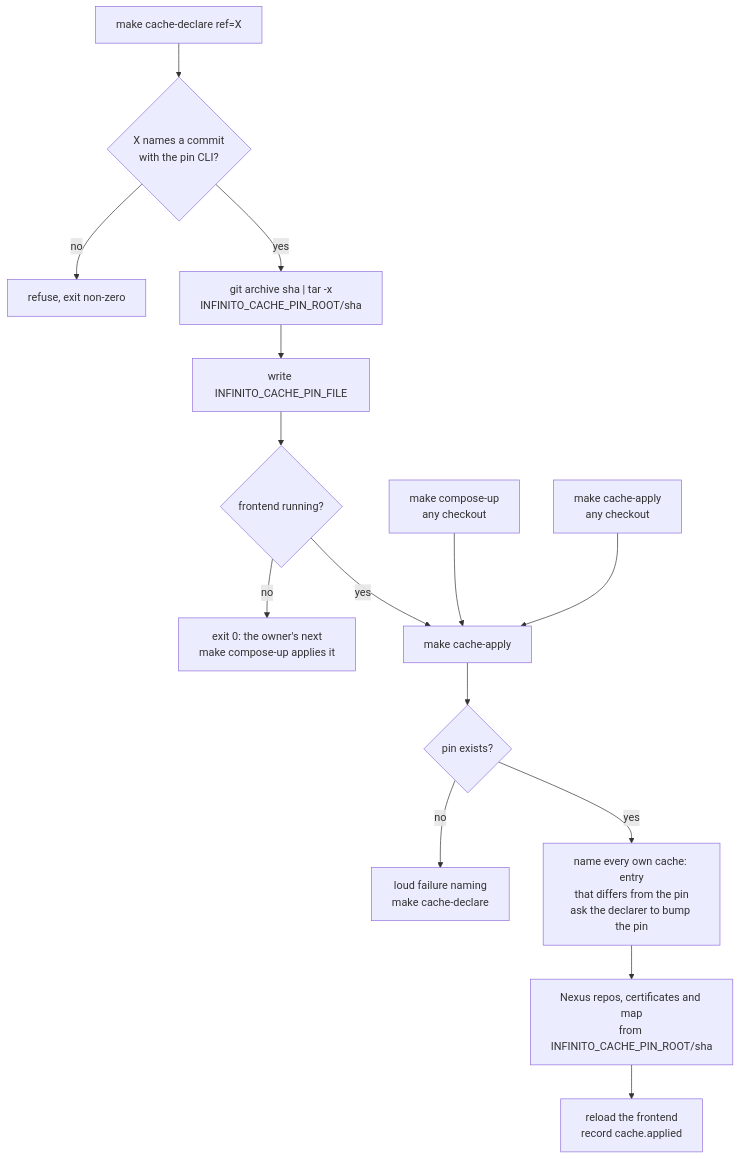
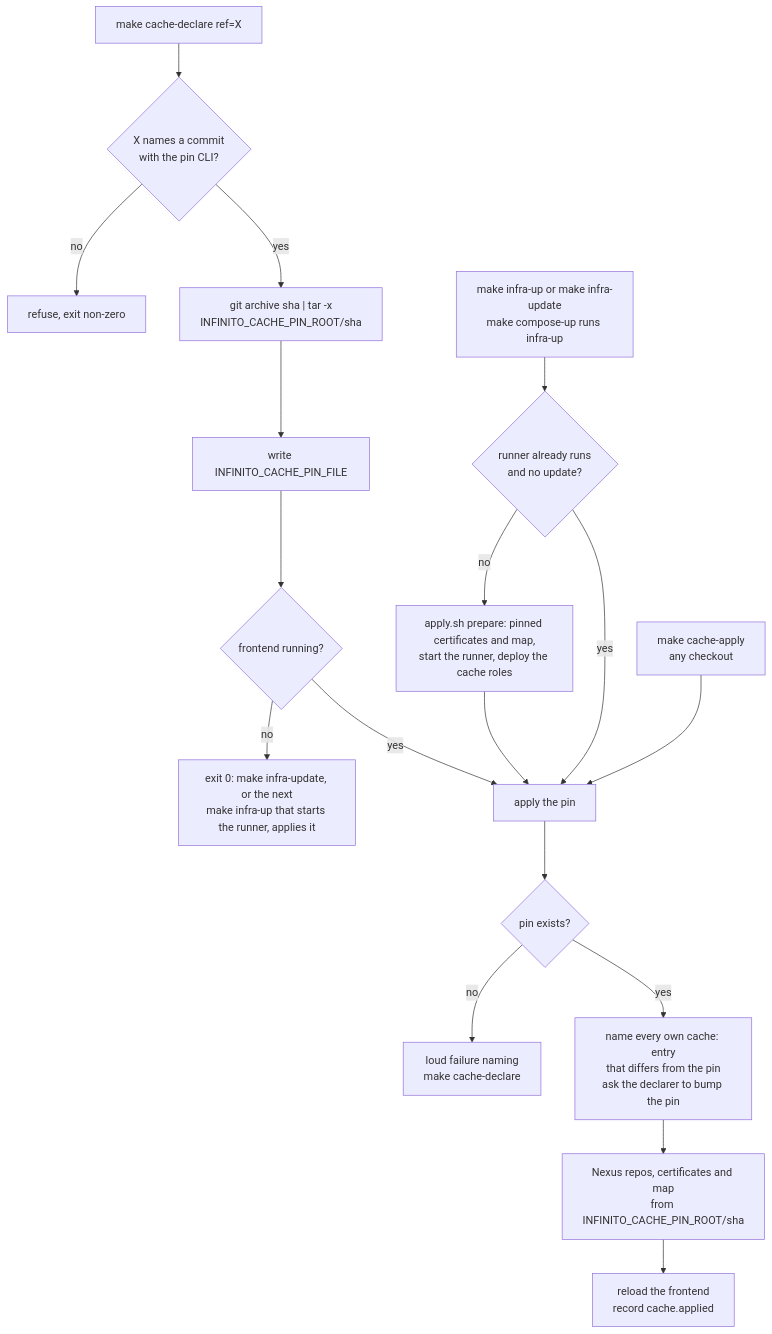
One commit to infinito-nexus/core changed the diagram in docs/requirements/096-cache-stack-pin.md. Above: the diagram before and after it, drawn with Mermaid. The commit also changed other lines of this file and 22 other files, not shown here.

````diff
--- a/docs/requirements/096-cache-stack-pin.md
+++ b/docs/requirements/096-cache-stack-pin.md
@@ -44,17 +44,20 @@
 ```mermaid
 flowchart TD
   A["make cache-declare ref=X"] --> R{"X names a commit<br/>with the pin CLI?"}
   R -->|"no"| F["refuse, exit non-zero"]
   R -->|"yes"| M["git archive sha | tar -x<br/>INFINITO_CACHE_PIN_ROOT/sha"]
   M --> W["write INFINITO_CACHE_PIN_FILE"]
   W --> Q{"frontend running?"}
-  Q -->|"no"| X["exit 0: the owner's next<br/>make compose-up applies it"]
+  Q -->|"no"| X["exit 0: make infra-update, or the next<br/>make infra-up that starts the runner, applies it"]
   Q -->|"yes"| P
-  U["make compose-up<br/>any checkout"] --> P["make cache-apply"]
-  C["make cache-apply<br/>any checkout"] --> P
+  U["make infra-up or make infra-update<br/>make compose-up runs infra-up"] --> K{"runner already runs<br/>and no update?"}
+  K -->|"no"| E["apply.sh prepare: pinned certificates and map,<br/>start the runner, deploy the cache roles"]
+  E --> P
+  K -->|"yes"| P
+  C["make cache-apply<br/>any checkout"] --> P["apply the pin"]
   P --> N{"pin exists?"}
   N -->|"no"| L["loud failure naming<br/>make cache-declare"]
   N -->|"yes"| D["name every own cache: entry<br/>that differs from the pin<br/>ask the declarer to bump the pin"]
   D --> B["Nexus repos, certificates and map<br/>from INFINITO_CACHE_PIN_ROOT/sha"]
   B --> S["reload the frontend<br/>record cache.applied"]
 ```
````
